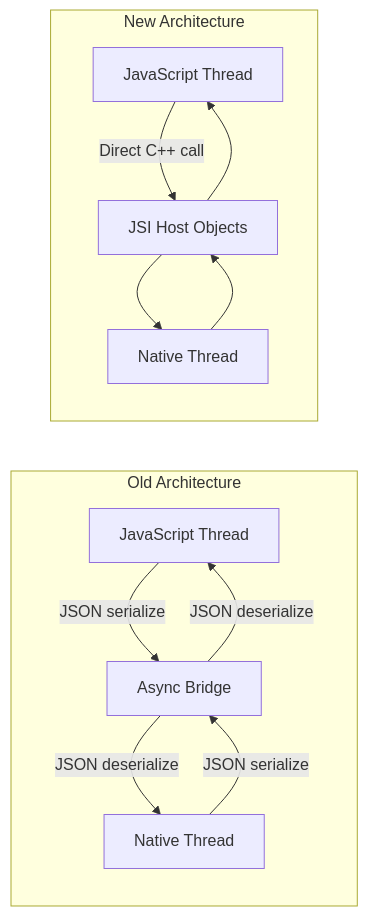
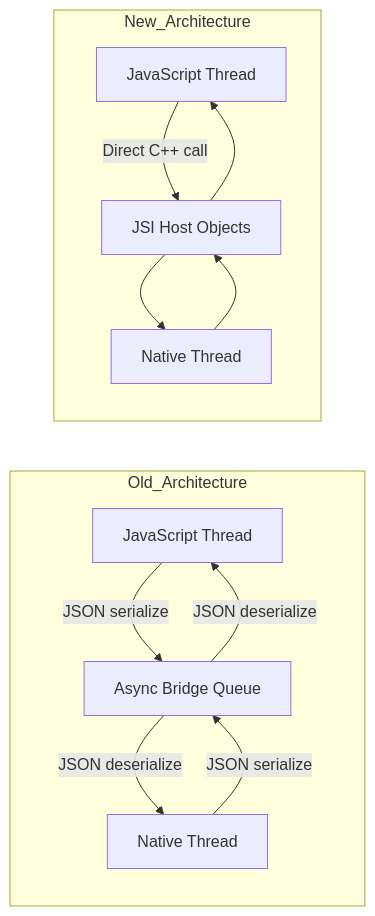
One commit to BabaScience/react-guides changed the first of 7 diagrams in arguments/chapters/rn-14-native-modules.md. Above: the diagram before and after it, drawn with Mermaid. The commit also changed other lines of this file and 63 other files, not shown here.

First line of the commit message:
Enrich React Native roadmap with deeper content, visuals, and FR/IT translations

````diff
--- a/arguments/chapters/rn-14-native-modules.md
+++ b/arguments/chapters/rn-14-native-modules.md
@@ -28,16 +36,16 @@
 ```mermaid
 graph LR
-    subgraph Old Architecture
-        JS1[JavaScript Thread] -->|JSON serialize| Bridge[Async Bridge]
+    subgraph Old_Architecture
+        JS1[JavaScript Thread] -->|JSON serialize| Bridge[Async Bridge Queue]
         Bridge -->|JSON deserialize| Native1[Native Thread]
         Native1 -->|JSON serialize| Bridge
         Bridge -->|JSON deserialize| JS1
     end
 
-    subgraph New Architecture
+    subgraph New_Architecture
         JS2[JavaScript Thread] -->|Direct C++ call| JSI[JSI Host Objects]
         JSI --> Native2[Native Thread]
         Native2 --> JSI
         JSI --> JS2
     end
 ```
````
